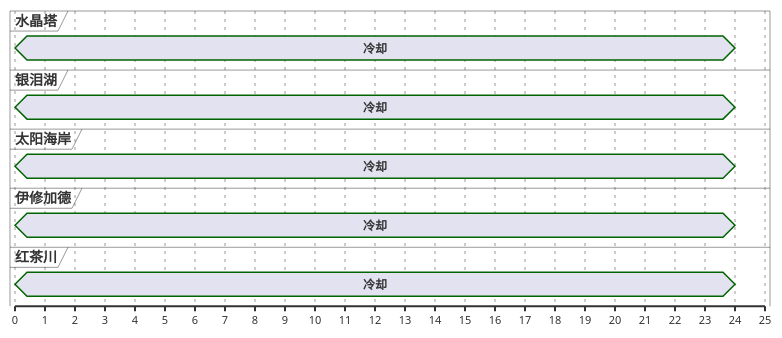
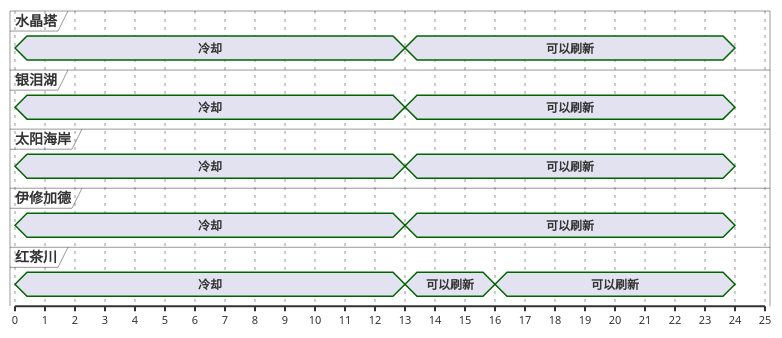
One commit to Eroleice/doc-pi changed the fourth of 13 diagrams in ffxiv/hunt/2.0/Agrippa-the-Mighty.md. Above: the diagram before and after it, drawn with PlantUML. The commit also changed other lines of this file and 38 other files, not shown here.

````diff
--- a/ffxiv/hunt/2.0/Agrippa-the-Mighty.md
+++ b/ffxiv/hunt/2.0/Agrippa-the-Mighty.md
@@ -367,68 +418,79 @@
 ```plantuml
 @startuml
 scale 1 as 30 pixels
 
 concise 水晶塔
 concise 银泪湖
 concise 太阳海岸
 concise 伊修加德
 concise 红茶川
 
 @水晶塔
 0 is 冷却
+13 is 可以刷新
 24 is {hidden}
 
 @水晶塔
 0 is 冷却
+13 is 可以刷新
 24 is {hidden}
 
 @银泪湖
 0 is 冷却
+13 is 可以刷新
 24 is {hidden}
 
 @红茶川
 0 is 冷却
+13 is 可以刷新
 24 is {hidden}
 
 @水晶塔
 0 is 冷却
+13 is 可以刷新
 24 is {hidden}
 
 @红茶川
 0 is 冷却
+13 is 可以刷新
 24 is {hidden}
 
 @伊修加德
 0 is 冷却
+13 is 可以刷新
+24 is {hidden}
+
+@银泪湖
+0 is 冷却
+13 is 可以刷新
+24 is {hidden}
+
+@太阳海岸
+0 is 冷却
+13 is 可以刷新
 24 is {hidden}
 
 @伊修加德
 0 is 冷却
+13 is 可以刷新
 24 is {hidden}
 
-@银泪湖
+@红茶川
+0 is 冷却
+16 is 可以刷新
+24 is {hidden}
+
+@太阳海岸
 0 is 冷却
 24 is {hidden}
 
 @太阳海岸
 0 is 冷却
 24 is {hidden}
 
 @伊修加德
 0 is 冷却
 24 is {hidden}
 
-@红茶川
-0 is 冷却
-24 is {hidden}
-
-@太阳海岸
-0 is 冷却
-24 is {hidden}
-
-@太阳海岸
-0 is 冷却
-24 is {hidden}
-
 @enduml
 ```
````
